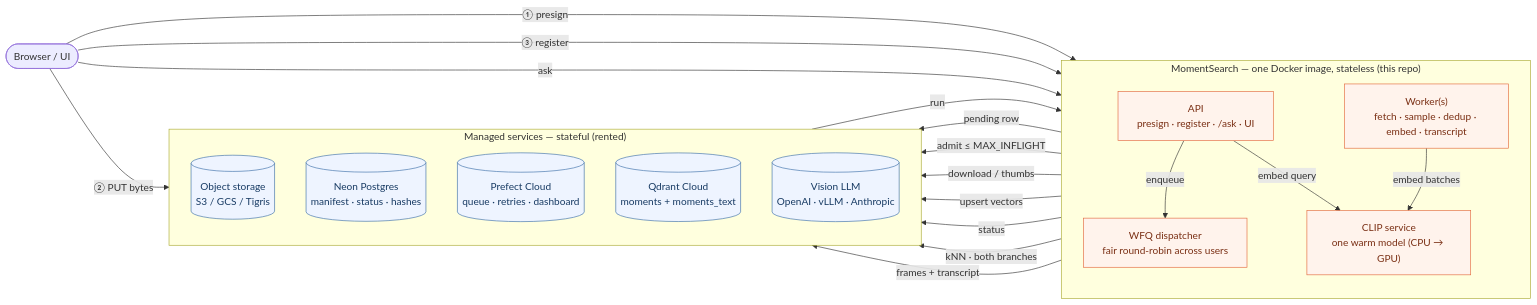
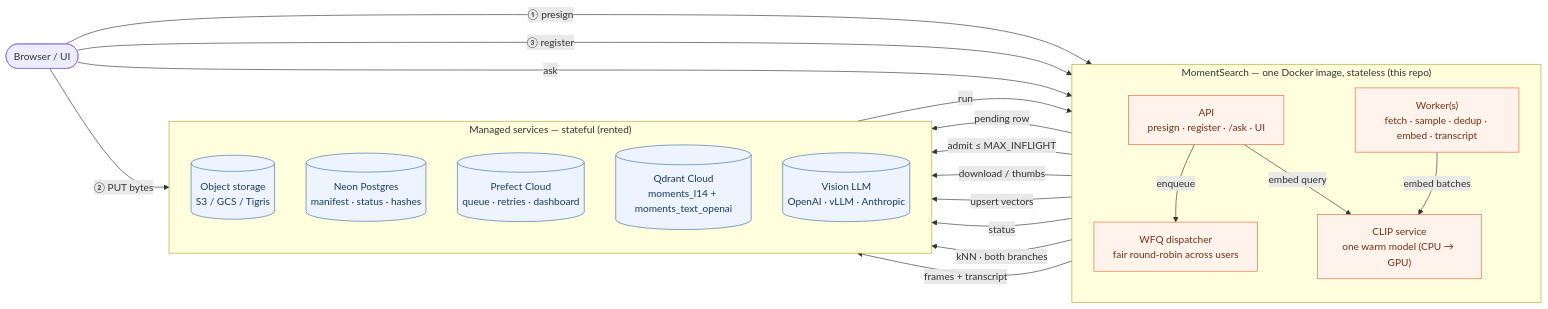
Before and after one commit to traversaal-ai/momentsearch: the first of 2 diagrams in README.md, drawn with Mermaid. The commit also changed other lines of this file and 21 other files, not shown here.

````diff
--- a/README.md
+++ b/README.md
@@ -48,45 +49,45 @@
 ```mermaid
 flowchart LR
   user(["Browser / UI"])
 
   subgraph repo["MomentSearch — one Docker image, stateless (this repo)"]
     direction TB
     api["API<br/>presign · register · /ask · UI"]
     disp["WFQ dispatcher<br/>fair round-robin across users"]
     worker["Worker(s)<br/>fetch · sample · dedup · embed · transcript"]
     clip["CLIP service<br/>one warm model (CPU → GPU)"]
   end
 
   subgraph managed["Managed services — stateful (rented)"]
     direction TB
     obj[("Object storage<br/>S3 / GCS / Tigris")]
     pg[("Neon Postgres<br/>manifest · status · hashes")]
     prefect[("Prefect Cloud<br/>queue · retries · dashboard")]
-    qdrant[("Qdrant Cloud<br/>moments + moments_text")]
+    qdrant[("Qdrant Cloud<br/>moments_l14 + moments_text_openai")]
     vlm[("Vision LLM<br/>OpenAI · vLLM · Anthropic")]
   end
 
   %% write path (green)
   user -->|"① presign"| api
   user -->|"② PUT bytes"| obj
   user -->|"③ register"| api
   api -->|"pending row"| pg
   api -->|"enqueue"| disp
   disp -->|"admit ≤ MAX_INFLIGHT"| prefect
   prefect -->|"run"| worker
   worker -->|"download / thumbs"| obj
   worker -->|"embed batches"| clip
   worker -->|"upsert vectors"| qdrant
   worker -->|"status"| pg
 
   %% read path (orange)
   user -->|"ask"| api
   api -->|"embed query"| clip
   api -->|"kNN · both branches"| qdrant
   api -->|"frames + transcript"| vlm
 
   classDef repoN fill:#fff3ec,stroke:#e2683c,color:#7a2f14;
   classDef mgmtN fill:#eef4ff,stroke:#3b6ea8,color:#173a63;
   class api,disp,worker,clip repoN;
   class obj,pg,prefect,qdrant,vlm mgmtN;
 ```
````
